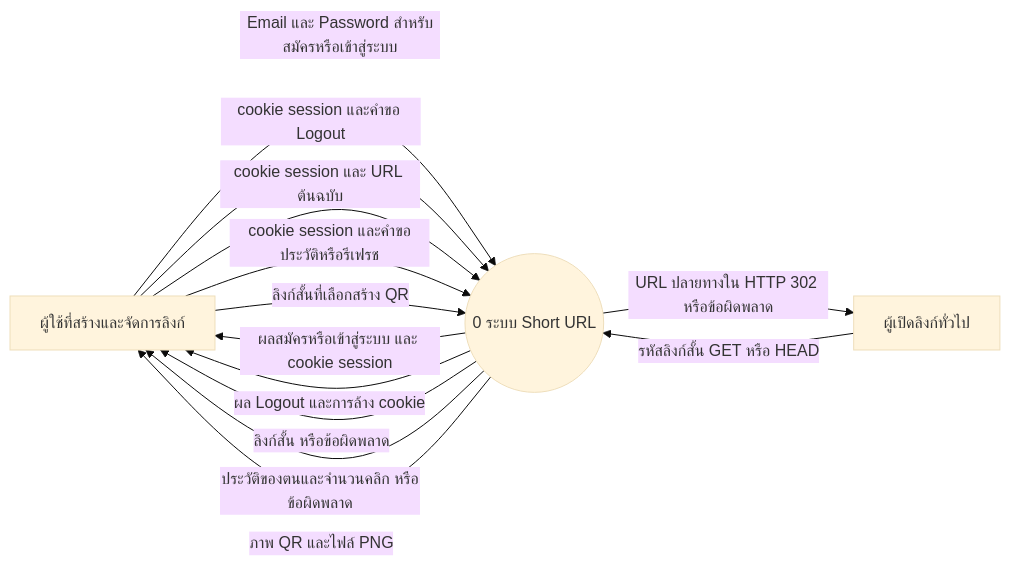
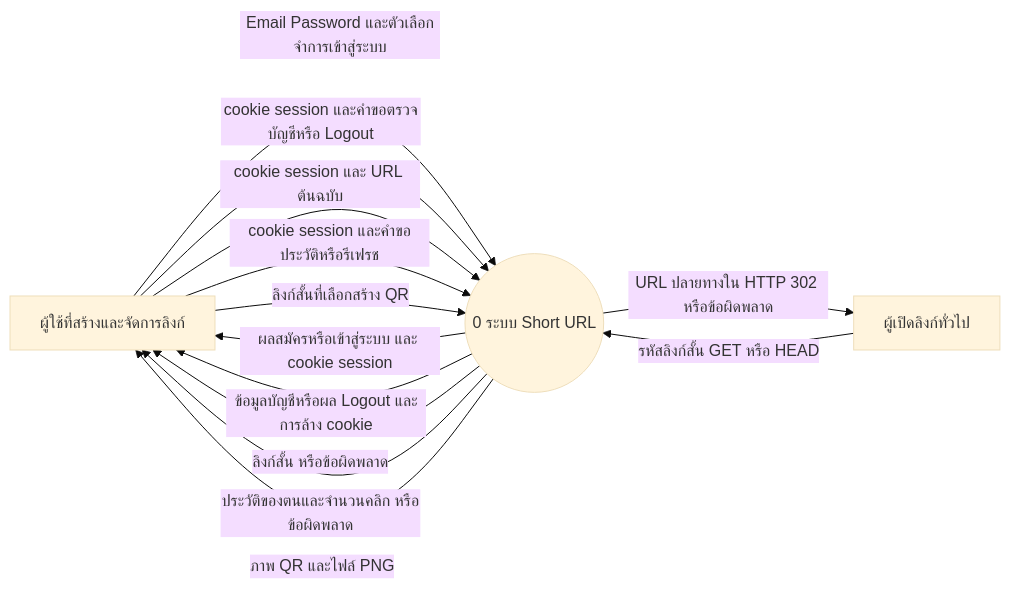
The first of 2 diagrams in docs/DFD.md (Nawaphon05/Short-Url), drawn with Mermaid (base theme) before and after one commit. The commit also changed other lines of this file and 6 other files, not shown here.

````diff
--- a/docs/DFD.md
+++ b/docs/DFD.md
@@ -10,18 +10,18 @@
 ```mermaid
 flowchart LR
     U[ผู้ใช้ที่สร้างและจัดการลิงก์]
     V[ผู้เปิดลิงก์ทั่วไป]
     P((0 ระบบ Short URL))
-    U -->|Email และ Password สำหรับสมัครหรือเข้าสู่ระบบ| P
+    U -->|Email Password และตัวเลือกจำการเข้าสู่ระบบ| P
     P -->|ผลสมัครหรือเข้าสู่ระบบ และ cookie session| U
-    U -->|cookie session และคำขอ Logout| P
-    P -->|ผล Logout และการล้าง cookie| U
+    U -->|cookie session และคำขอตรวจบัญชีหรือ Logout| P
+    P -->|ข้อมูลบัญชีหรือผล Logout และการล้าง cookie| U
     U -->|cookie session และ URL ต้นฉบับ| P
     P -->|ลิงก์สั้น หรือข้อผิดพลาด| U
     U -->|cookie session และคำขอประวัติหรือรีเฟรช| P
     P -->|ประวัติของตนและจำนวนคลิก หรือข้อผิดพลาด| U
     U -->|ลิงก์สั้นที่เลือกสร้าง QR| P
     P -->|ภาพ QR และไฟล์ PNG| U
     V -->|รหัสลิงก์สั้น GET หรือ HEAD| P
     P -->|URL ปลายทางใน HTTP 302 หรือข้อผิดพลาด| V
 ```
````
